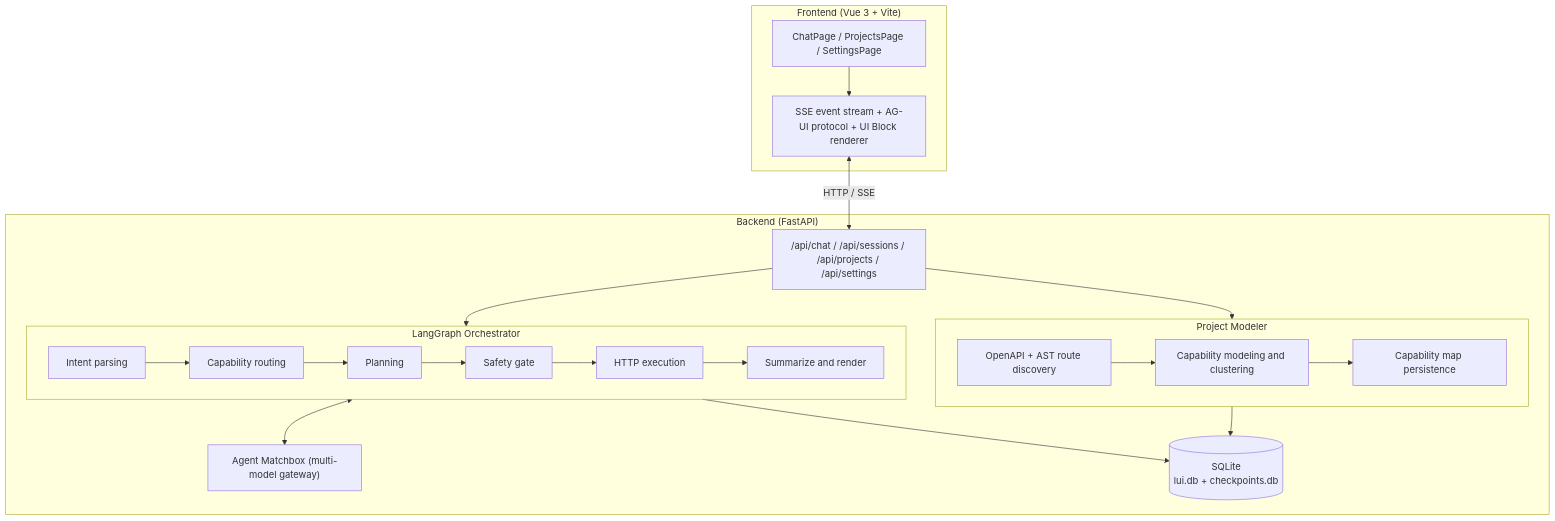
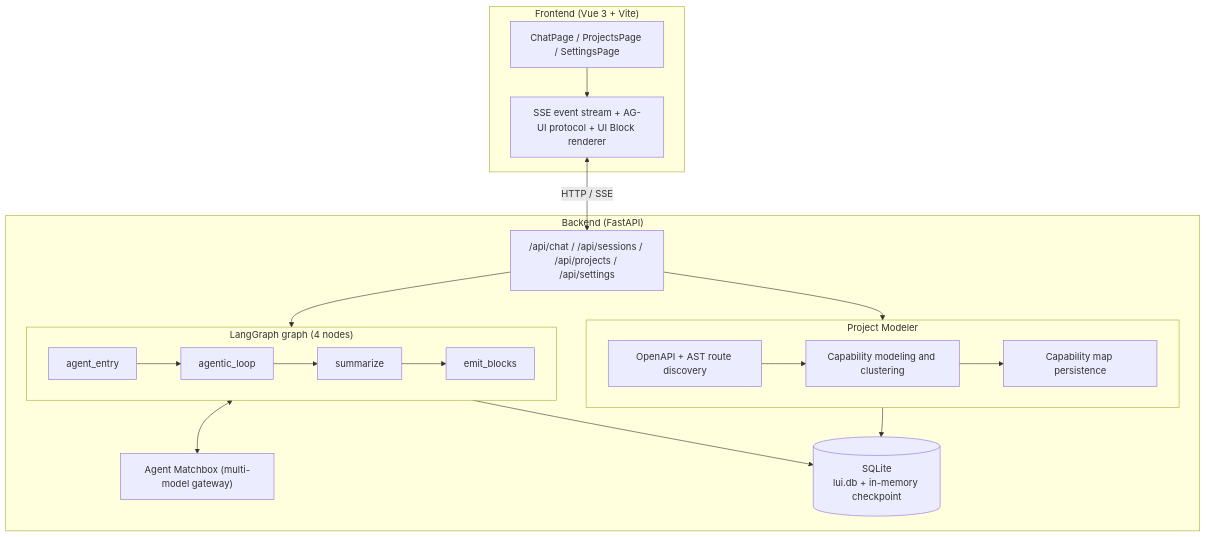
The second of 2 diagrams in README.en-US.md (1deaaa/lui-for-all), drawn with Mermaid before and after one commit. The commit also changed other lines of this file and 36 other files, not shown here.

Commit message:
🛠️修复：会话与任务详情未校验项目归属边界的漏洞，强化租户隔离 🛠️修复：文本块与审计/设置页高亮JSON输出的XSS安全漏洞，引入DOMPurify防注入净化 🛠️修复：终端用户获取路由表与能力列表时的Fail-Closed失效问题 ⏫优化：JWT签发密钥缺省时支持首次启动自动生成并持久化写入环境变量文件 ⏫优化：后端安全策略执行矩阵与服务端能力表回查机制，防止LLM自报安全等级越权 ⏫优化：前端过滤表单提交交互并完善多语言文案，避免表单回填死链 ⏫优化：重构编排层兼容逻辑，收口旧六节点并对齐Agentic Loop四节点 🌟新增：引入声明式A2UI组件渲染支持与多语言文档架构图规范化

````diff
--- a/README.en-US.md
+++ b/README.en-US.md
@@ -314,25 +315,27 @@
 ```mermaid
 flowchart TB
     subgraph FE["Frontend (Vue 3 + Vite)"]
         Pages["ChatPage / ProjectsPage / SettingsPage"]
         Render["SSE event stream + AG-UI protocol + UI Block renderer"]
         Pages --> Render
     end
     subgraph BE["Backend (FastAPI)"]
         API["/api/chat / /api/sessions / /api/projects / /api/settings"]
-        subgraph ORCH["LangGraph Orchestrator"]
-            Intent["Intent parsing"] --> Route["Capability routing"] --> Plan["Planning"] --> Guard["Safety gate"] --> Exec["HTTP execution"] --> Summary["Summarize and render"]
+        subgraph ORCH["LangGraph graph (4 nodes)"]
+            AE["agent_entry"] --> AL["agentic_loop"]
+            AL --> SUM["summarize"]
+            SUM --> EB["emit_blocks"]
         end
         subgraph PM["Project Modeler"]
             Disc["OpenAPI + AST route discovery"] --> Model["Capability modeling and clustering"] --> Persist["Capability map persistence"]
         end
         Matchbox["Agent Matchbox (multi-model gateway)"]
-        DB[("SQLite<br/>lui.db + checkpoints.db")]
+        DB[("SQLite<br/>lui.db + in-memory checkpoint")]
         API --> ORCH
         API --> PM
         ORCH <--> Matchbox
         ORCH --> DB
         PM --> DB
     end
     Render <-->|HTTP / SSE| API
 ```
````
